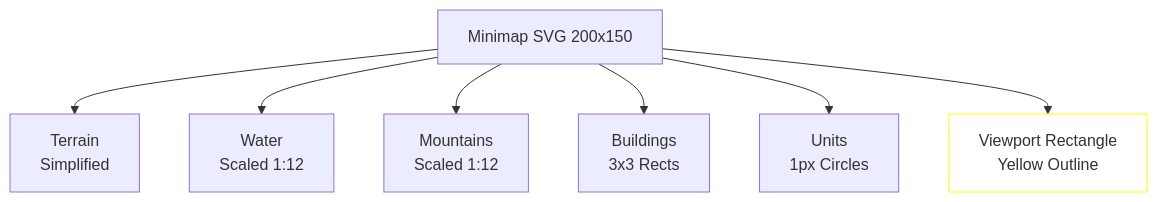
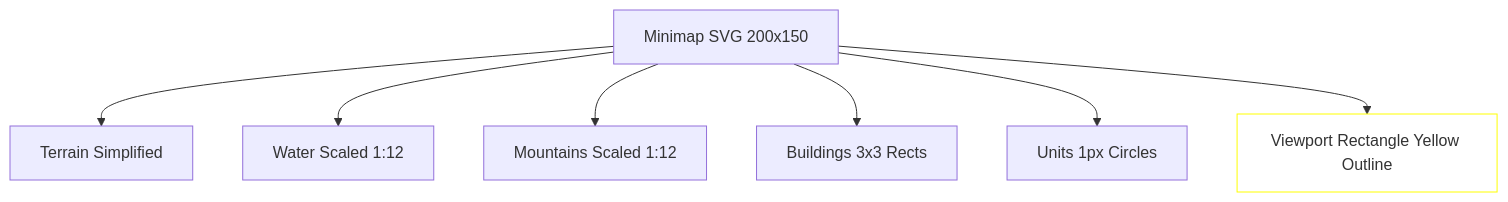
One commit to softwarewrighter/rts_mock changed the fifth of 9 diagrams in wiki/Components.md. Above: the diagram before and after it, drawn with Mermaid. The commit also changed other lines of this file and 5 other files, not shown here.

First line of the commit message:
Fix wiki Mermaid diagrams: remove <br/> tags

````diff
--- a/wiki/Components.md
+++ b/wiki/Components.md
@@ -229,11 +229,11 @@
 ```mermaid
 graph TB
-    MINI_SVG[Minimap SVG 200x150] --> MINI_TERRAIN[Terrain<br/>Simplified]
-    MINI_SVG --> MINI_WATER[Water<br/>Scaled 1:12]
-    MINI_SVG --> MINI_MTN[Mountains<br/>Scaled 1:12]
-    MINI_SVG --> MINI_BLD[Buildings<br/>3x3 Rects]
-    MINI_SVG --> MINI_UNIT[Units<br/>1px Circles]
-    MINI_SVG --> VIEWPORT[Viewport Rectangle<br/>Yellow Outline]
+    MINI_SVG[Minimap SVG 200x150] --> MINI_TERRAIN[Terrain Simplified]
+    MINI_SVG --> MINI_WATER[Water Scaled 1:12]
+    MINI_SVG --> MINI_MTN[Mountains Scaled 1:12]
+    MINI_SVG --> MINI_BLD[Buildings 3x3 Rects]
+    MINI_SVG --> MINI_UNIT[Units 1px Circles]
+    MINI_SVG --> VIEWPORT[Viewport Rectangle Yellow Outline]
 
     style VIEWPORT fill:none,stroke:#ffff00
 ```
````
